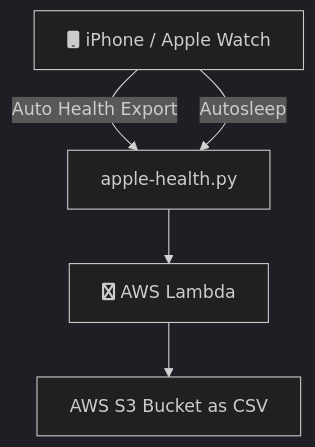
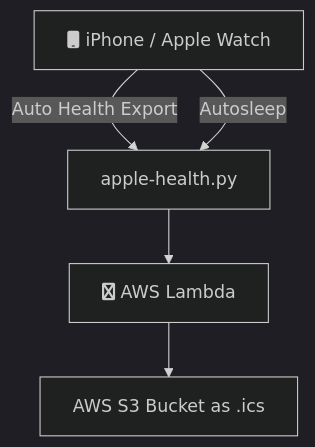
The diagram in README.md (namtonthat/apple-health-data), drawn with Mermaid (dark theme) before and after one commit.

````diff
--- a/README.md
+++ b/README.md
@@ -4,7 +4,7 @@
 ```mermaid
 graph TD
     A[fa:fa-mobile iPhone / Apple Watch] -->|Auto Health Export|B
     A[fa:fa-mobile iPhone / Apple Watch] -->|Autosleep|B
     B[apple-health.py] --> C[fa:fa-aws AWS Lambda]
-    C --> D[AWS S3 Bucket as CSV]
+    C --> D[AWS S3 Bucket as .ics]
 ```
````
